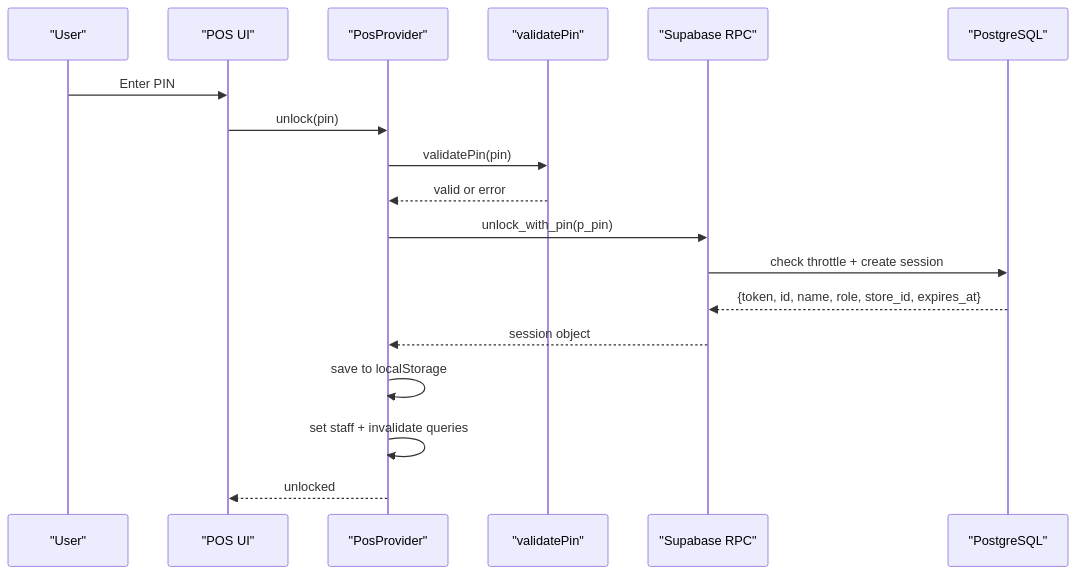
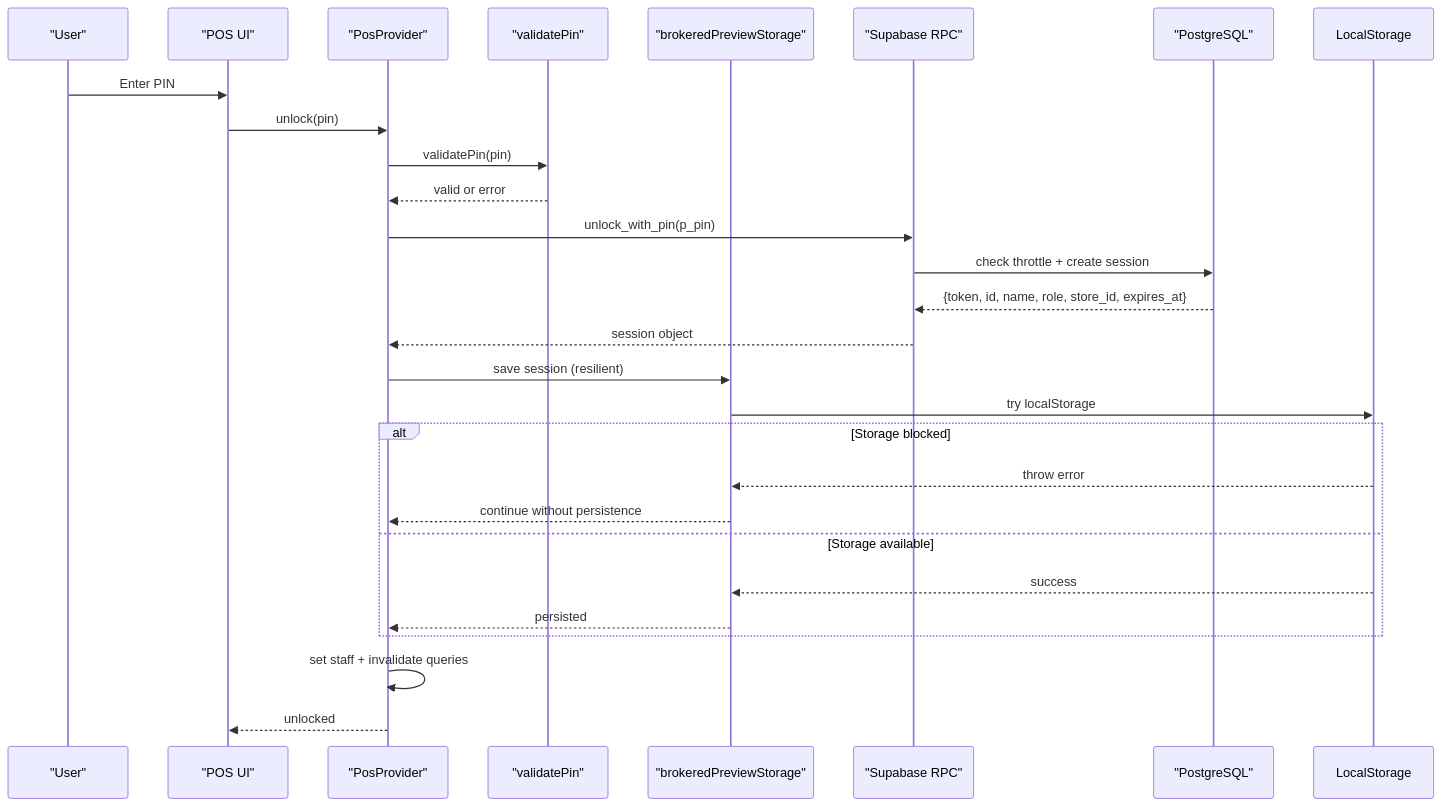
One commit to themclloyd/storq changed the second of 14 diagrams in .qoder/repowiki/en/content/Architecture Overview/Data Flow & State Management/State Management Architecture/Staff Session Management.md. Above: the diagram before and after it, drawn with Mermaid. The commit also changed other lines of this file and 42 other files, not shown here.

````diff
--- a/.qoder/repowiki/en/content/Architecture Overview/Data Flow & State Management/State Management Architecture/Staff Session Management.md
+++ b/.qoder/repowiki/en/content/Architecture Overview/Data Flow & State Management/State Management Architecture/Staff Session Management.md
@@ -71,20 +89,29 @@
 ```mermaid
 sequenceDiagram
 participant User as "User"
 participant UI as "POS UI"
 participant Provider as "PosProvider"
 participant Validate as "validatePin"
+participant AuthStorage as "brokeredPreviewStorage"
 participant RPC as "Supabase RPC"
 participant DB as "PostgreSQL"
 User->>UI : Enter PIN
 UI->>Provider : unlock(pin)
 Provider->>Validate : validatePin(pin)
 Validate-->>Provider : valid or error
 Provider->>RPC : unlock_with_pin(p_pin)
 RPC->>DB : check throttle + create session
 DB-->>RPC : {token, id, name, role, store_id, expires_at}
 RPC-->>Provider : session object
-Provider->>Provider : save to localStorage
+Provider->>AuthStorage : save session (resilient)
+AuthStorage->>LocalStorage : try localStorage
+alt Storage blocked
+LocalStorage-->>AuthStorage : throw error
+AuthStorage-->>Provider : continue without persistence
+else Storage available
+LocalStorage-->>AuthStorage : success
+AuthStorage-->>Provider : persisted
+end
 Provider->>Provider : set staff + invalidate queries
 Provider-->>UI : unlocked
 ```
````
